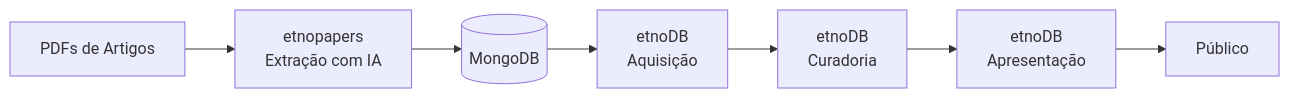
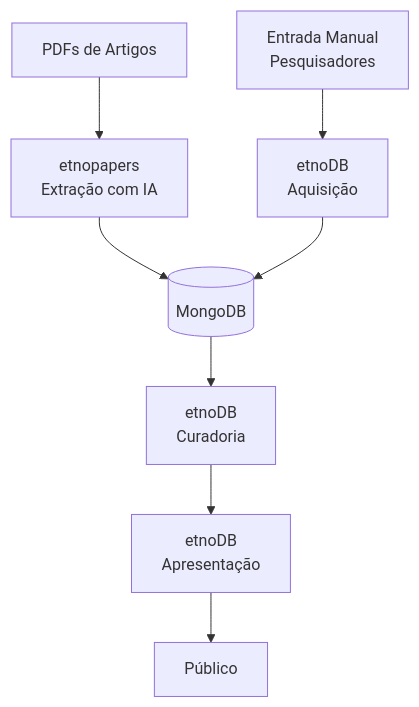
Before and after one commit to edalcin/Arquitetura-BioCultural: the first of 4 diagrams in README.md, drawn with Mermaid. The commit also changed other lines of this file, not shown here.

Commit message:
Fix integration diagram: show etnopapers and etnoDB-Aquisição as parallel data sources
- Both etnopapers and etnoDB-Aquisição feed MongoDB in parallel
- etnopapers: automated extraction from PDFs using AI
- etnoDB-Aquisição: manual entry by researchers
- Both sources converge at MongoDB before curation workflow

🤖 Generated with [Claude Code](https://claude.com/claude-code)

````diff
--- a/README.md
+++ b/README.md
@@ -52,9 +52,12 @@
 ```mermaid
-graph LR
+graph TB
     PDF[PDFs de Artigos] --> EP[etnopapers<br/>Extração com IA]
+    MANUAL[Entrada Manual<br/>Pesquisadores] --> ED_ACQ[etnoDB<br/>Aquisição]
+
     EP --> MONGO[(MongoDB)]
-    MONGO --> ED_ACQ[etnoDB<br/>Aquisição]
-    ED_ACQ --> ED_CUR[etnoDB<br/>Curadoria]
+    ED_ACQ --> MONGO
+
+    MONGO --> ED_CUR[etnoDB<br/>Curadoria]
     ED_CUR --> ED_PUB[etnoDB<br/>Apresentação]
     ED_PUB --> PUB[Público]
 ```
````
